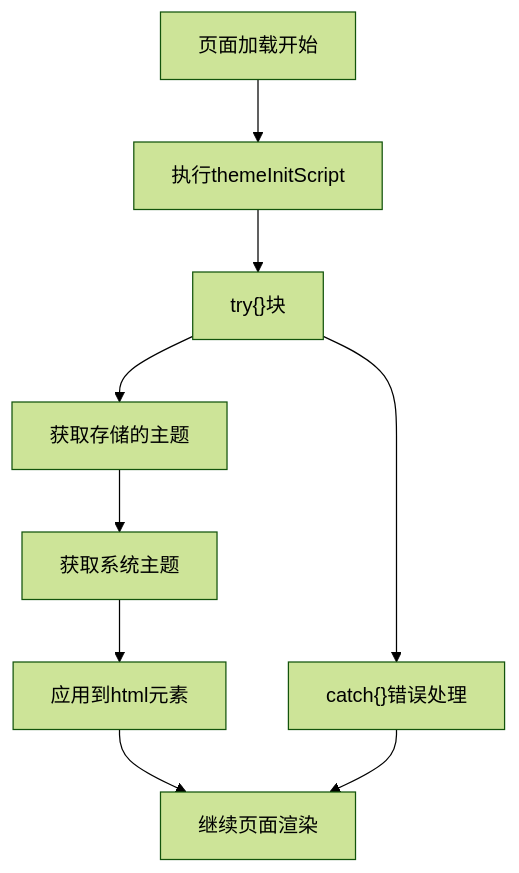
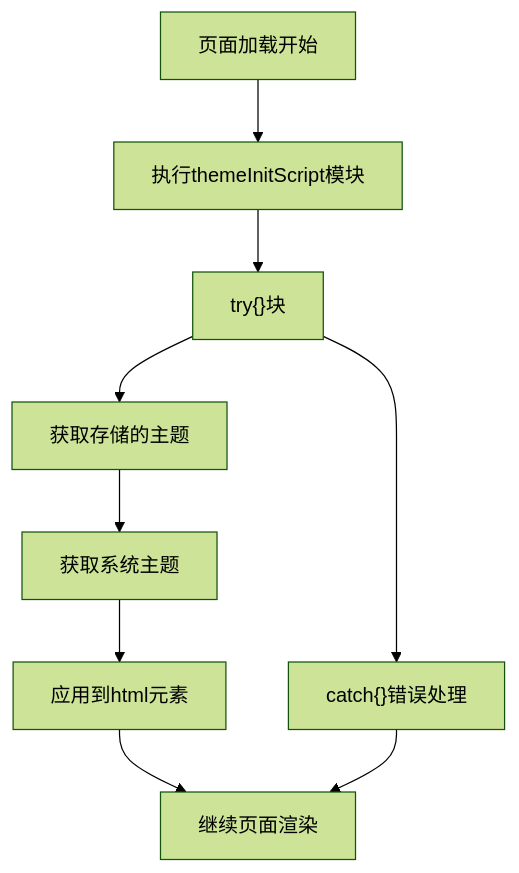
Before and after one commit to sgyy/privadeck: the third of 9 diagrams in .qoder/repowiki/zh/content/UI组件系统/UI组件系统.md, drawn with Mermaid (forest theme). The commit also changed other lines of this file and 2 other files, not shown here.

````diff
--- a/.qoder/repowiki/zh/content/UI组件系统/UI组件系统.md
+++ b/.qoder/repowiki/zh/content/UI组件系统/UI组件系统.md
@@ -498,11 +447,11 @@
 ```mermaid
 flowchart TD
-Start["页面加载开始"] --> Script["执行themeInitScript"]
+Start["页面加载开始"] --> Script["执行themeInitScript模块"]
 Script --> Try["try{}块"]
 Try --> GetTheme["获取存储的主题"]
 GetTheme --> GetSystem["获取系统主题"]
 GetSystem --> Apply["应用到html元素"]
 Apply --> End["继续页面渲染"]
 Try --> Catch["catch{}错误处理"]
 Catch --> End
 ```
````
